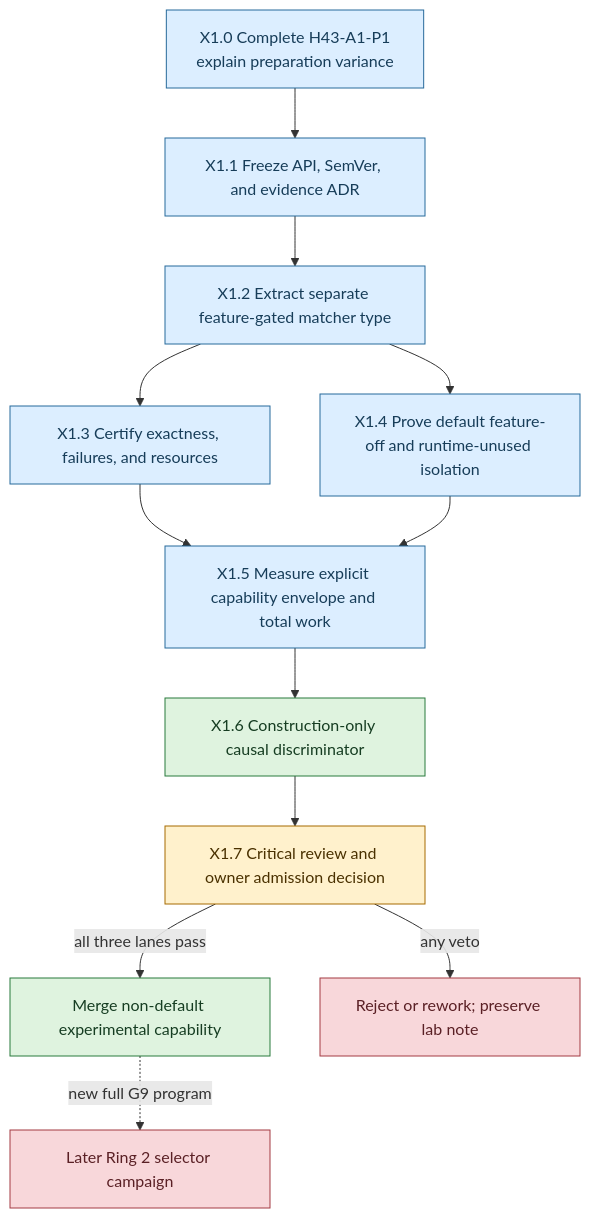
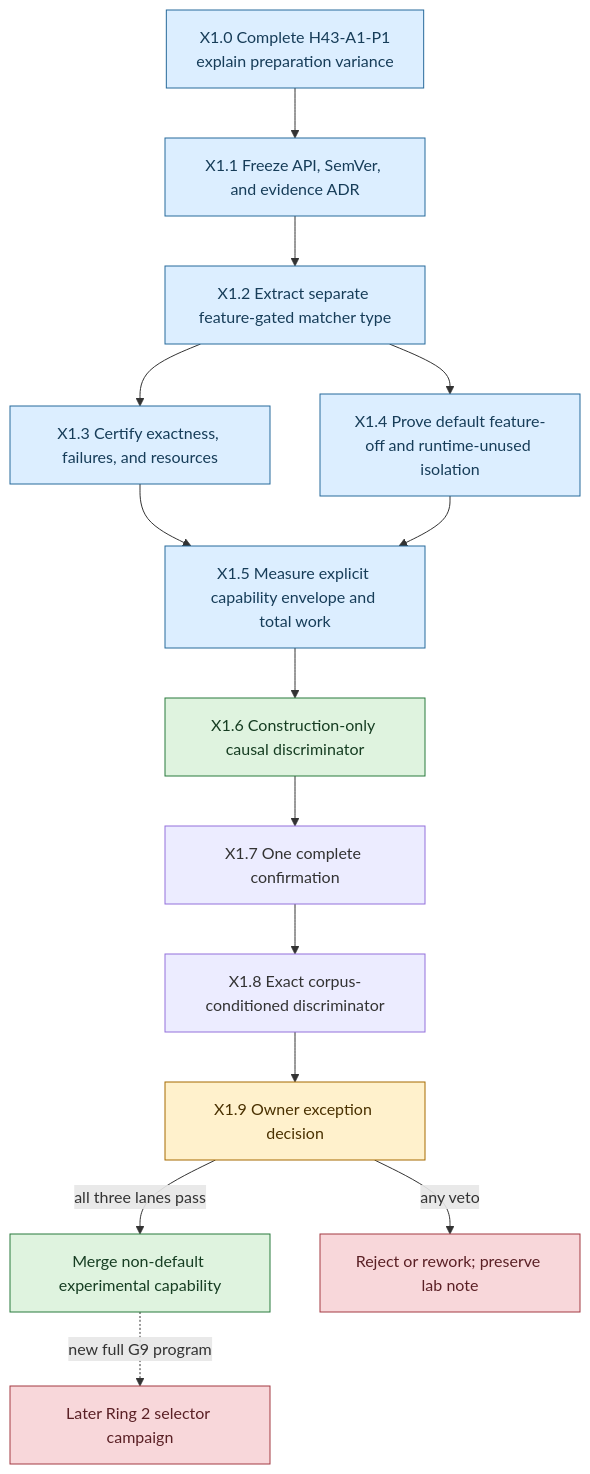
Before and after one commit to la3lma/rustmatch: the second of 2 diagrams in docs/experiments/h43-explicit-risk-tier-design.md, drawn with Mermaid. The commit also changed other lines of this file and 25 other files, not shown here.

````diff
--- a/docs/experiments/h43-explicit-risk-tier-design.md
+++ b/docs/experiments/h43-explicit-risk-tier-design.md
@@ -217,35 +217,37 @@
 ```mermaid
 flowchart TD
     P1["X1.0 Complete H43-A1-P1<br/>explain preparation variance"]
     ADR["X1.1 Freeze API, SemVer, and evidence ADR"]
     ISO["X1.2 Extract separate feature-gated matcher type"]
     SEM["X1.3 Certify exactness, failures, and resources"]
     DEF["X1.4 Prove default feature-off and runtime-unused isolation"]
     PERF["X1.5 Measure explicit capability envelope and total work"]
     DISC["X1.6 Construction-only causal discriminator"]
-    REV["X1.7 Critical review and owner admission decision"]
+    CONF["X1.7 One complete confirmation"]
+    COND["X1.8 Exact corpus-conditioned discriminator"]
+    REV["X1.9 Owner exception decision"]
     MERGE["Merge non-default experimental capability"]
     STOP["Reject or rework; preserve lab note"]
     AUTO["Later Ring 2 selector campaign"]
 
     P1 --> ADR --> ISO
     ISO --> SEM
     ISO --> DEF
     SEM --> PERF
     DEF --> PERF
-    PERF --> DISC --> REV
+    PERF --> DISC --> CONF --> COND --> REV
     REV -->|"all three lanes pass"| MERGE
     REV -->|"any veto"| STOP
     MERGE -. "new full G9 program" .-> AUTO
 
     classDef complete fill:#dff3df,stroke:#287a3d,color:#163d22
     classDef planned fill:#dceeff,stroke:#276a9b,color:#173d59
     classDef decision fill:#fff1cc,stroke:#a66b00,color:#4a3100
     classDef blocked fill:#f8d7da,stroke:#a33a43,color:#5a2025
     class P1 planned
     class ADR,ISO,SEM,DEF,PERF planned
     class DISC complete
     class REV decision
     class MERGE complete
     class STOP,AUTO blocked
 ```
````
